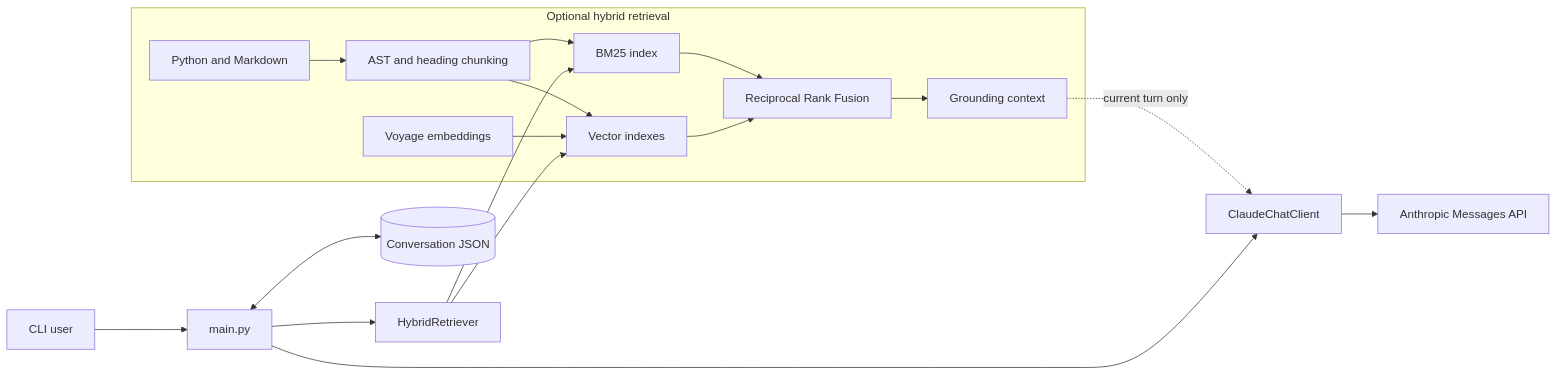
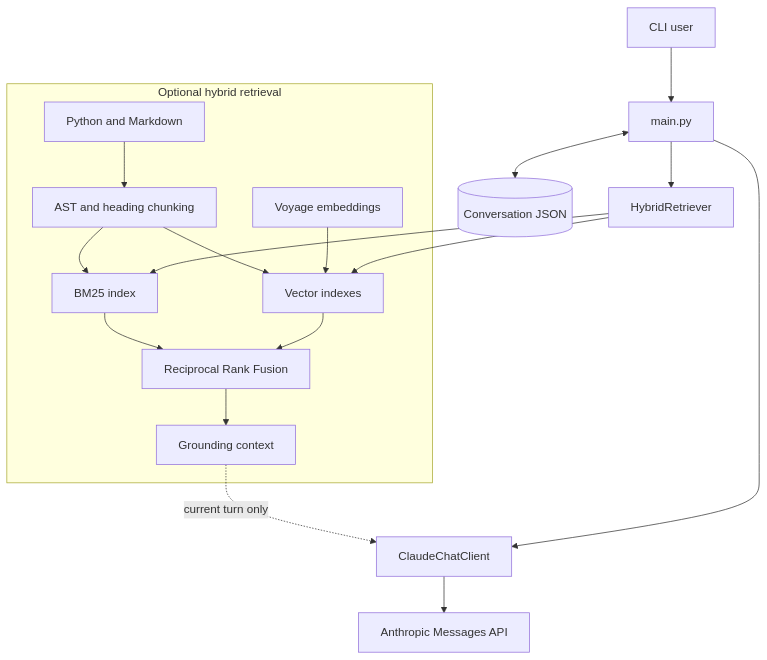
The diagram in docs/architecture.md (henrymbuguak/claude-with-the-anthropic-api), drawn with Mermaid before and after one commit. The commit also changed 3 other files, not shown here.

First line of the commit message:
Improve architecture diagram readability

````diff
--- a/docs/architecture.md
+++ b/docs/architecture.md
@@ -5,22 +5,22 @@
 ```mermaid
-flowchart LR
+flowchart TB
     USER[CLI user] --> MAIN[main.py]
     MAIN <--> HISTORY[(Conversation JSON)]
     MAIN --> RETRIEVER
 
     subgraph RAG[Optional hybrid retrieval]
         FILES[Python and Markdown] --> INGEST[AST and heading chunking]
         INGEST --> BM25[BM25 index]
         INGEST --> VECTOR[Vector indexes]
         VOYAGE[Voyage embeddings] --> VECTOR
         BM25 --> RRF[Reciprocal Rank Fusion]
         VECTOR --> RRF
         RRF --> CONTEXT[Grounding context]
     end
 
     RETRIEVER[HybridRetriever] --> BM25
     RETRIEVER --> VECTOR
     CONTEXT -. current turn only .-> CLIENT[ClaudeChatClient]
     MAIN --> CLIENT
     CLIENT --> API[Anthropic Messages API]
 ```
````
